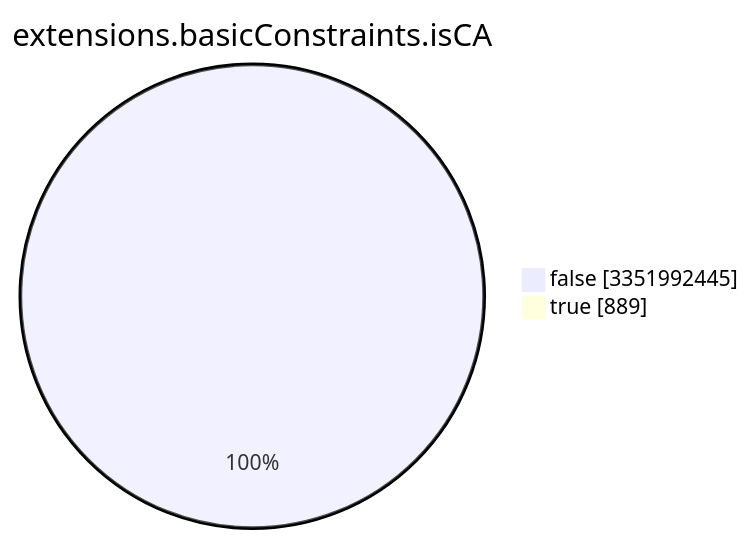
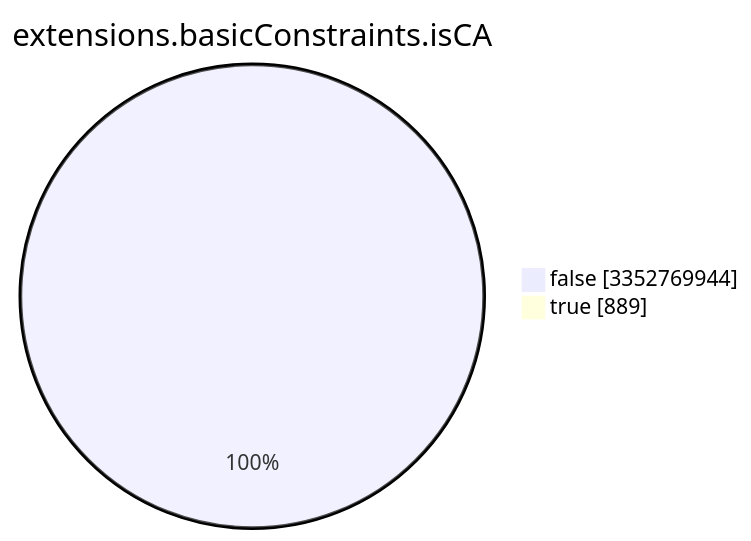
One commit to christiankrug/ctmonitor_visualization changed the seventh of 15 diagrams in TOTAL/README.md. Above: the diagram before and after it, drawn with Mermaid. The commit also changed other lines of this file, not shown here.

````diff
--- a/TOTAL/README.md
+++ b/TOTAL/README.md
@@ -3089,6 +3089,6 @@
 ```mermaid
 pie showData
 title extensions.basicConstraints.isCA
-"false" :3351992445
+"false" :3352769944
 "true" :889
 ```
````
